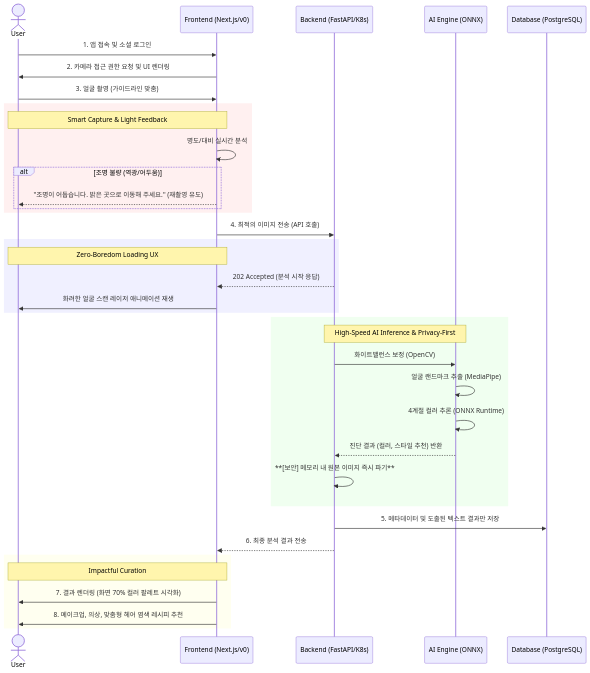
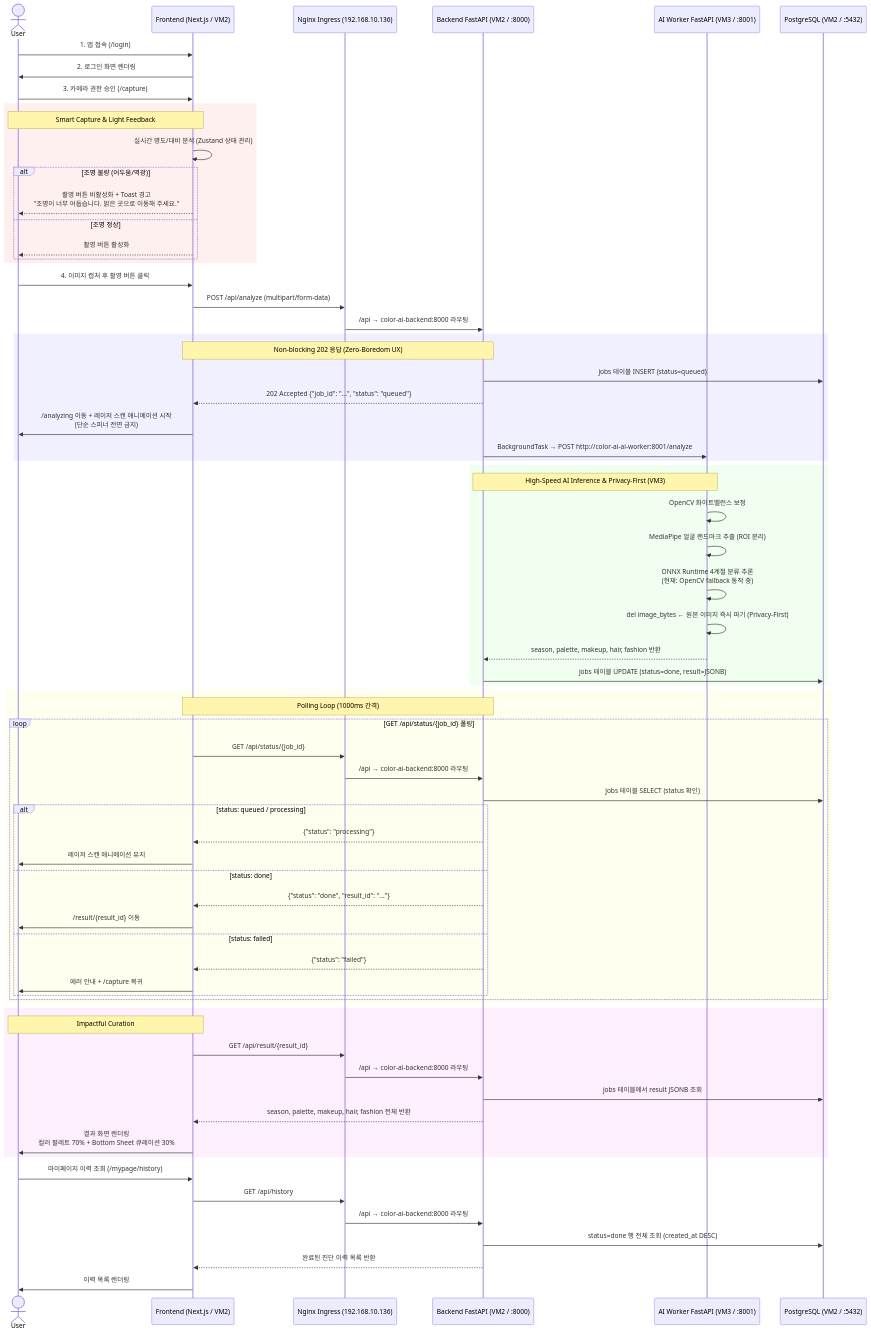
One commit to msp-architect-2026/lee-seonghoon changed the diagram in USER_FLOW.md. Above: the diagram before and after it, drawn with Mermaid. The commit also changed other lines of this file, not shown here.

````diff
--- a/USER_FLOW.md
+++ b/USER_FLOW.md
@@ -7,46 +11,81 @@
 ```mermaid
 sequenceDiagram
     actor User
-    participant Frontend as Frontend (Next.js/v0)
-    participant Backend as Backend (FastAPI/K8s)
-    participant AI as AI Engine (ONNX)
-    participant DB as Database (PostgreSQL)
+    participant FE as Frontend (Next.js / VM2)
+    participant Ingress as Nginx Ingress (192.168.10.136)
+    participant BE as Backend FastAPI (VM2 / :8000)
+    participant AI as AI Worker FastAPI (VM3 / :8001)
+    participant DB as PostgreSQL (VM2 / :5432)
 
-    User->>Frontend: 1. 앱 접속 및 소셜 로그인
-    Frontend->>User: 2. 카메라 접근 권한 요청 및 UI 렌더링
-    User->>Frontend: 3. 얼굴 촬영 (가이드라인 맞춤)
-    
+    User->>FE: 1. 앱 접속 (/login)
+    FE->>User: 2. 로그인 화면 렌더링
+
+    User->>FE: 3. 카메라 권한 승인 (/capture)
+
     rect rgb(255, 240, 240)
-        Note over User, Frontend: Smart Capture & Light Feedback
-        Frontend->>Frontend: 명도/대비 실시간 분석
-        alt 조명 불량 (역광/어두움)
-            Frontend-->>User: "조명이 어둡습니다. 밝은 곳으로 이동해 주세요." (재촬영 유도)
+        Note over User, FE: Smart Capture & Light Feedback
+        FE->>FE: 실시간 명도/대비 분석 (Zustand 상태 관리)
+        alt 조명 불량 (어두움/역광)
+            FE-->>User: 촬영 버튼 비활성화 + Toast 경고<br/>"조명이 너무 어둡습니다. 밝은 곳으로 이동해 주세요."
+        else 조명 정상
+            FE-->>User: 촬영 버튼 활성화
         end
     end
 
-    Frontend->>Backend: 4. 최적의 이미지 전송 (API 호출)
-    
+    User->>FE: 4. 이미지 캡처 후 촬영 버튼 클릭
+    FE->>Ingress: POST /api/analyze (multipart/form-data)
+    Ingress->>BE: /api → color-ai-backend:8000 라우팅
+
     rect rgb(240, 240, 255)
-        Note over User, Frontend: Zero-Boredom Loading UX
-        Backend-->>Frontend: 202 Accepted (분석 시작 응답)
-        Frontend->>User: 화려한 얼굴 스캔 레이저 애니메이션 재생
+        Note over FE, BE: Non-blocking 202 응답 (Zero-Boredom UX)
+        BE->>DB: jobs 테이블 INSERT (status=queued)
+        BE-->>FE: 202 Accepted {"job_id": "...", "status": "queued"}
+        FE->>User: /analyzing 이동 + 레이저 스캔 애니메이션 시작<br/>(단순 스피너 전면 금지)
+        BE->>AI: BackgroundTask → POST http://color-ai-ai-worker:8001/analyze
     end
 
     rect rgb(240, 255, 240)
-        Note over Backend, AI: High-Speed AI Inference & Privacy-First
-        Backend->>AI: 화이트밸런스 보정 (OpenCV)
-        AI->>AI: 얼굴 랜드마크 추출 (MediaPipe)
-        AI->>AI: 4계절 컬러 추론 (ONNX Runtime)
-        AI-->>Backend: 진단 결과 (컬러, 스타일 추천) 반환
-        Backend->>Backend: **[보안] 메모리 내 원본 이미지 즉시 파기**
+        Note over BE, AI: High-Speed AI Inference & Privacy-First (VM3)
+        AI->>AI: OpenCV 화이트밸런스 보정
+        AI->>AI: MediaPipe 얼굴 랜드마크 추출 (ROI 분리)
+        AI->>AI: ONNX Runtime 4계절 분류 추론<br/>(현재: OpenCV fallback 동작 중)
+        AI->>AI: del image_bytes ← 원본 이미지 즉시 파기 (Privacy-First)
+        AI-->>BE: season, palette, makeup, hair, fashion 반환
+        BE->>DB: jobs 테이블 UPDATE (status=done, result=JSONB)
     end
 
-    Backend->>DB: 5. 메타데이터 및 도출된 텍스트 결과만 저장
-    Backend-->>Frontend: 6. 최종 분석 결과 전송
-    
     rect rgb(255, 255, 240)
-        Note over Frontend, User: Impactful Curation
-        Frontend->>User: 7. 결과 렌더링 (화면 70% 컬러 팔레트 시각화)
-        Frontend->>User: 8. 메이크업, 의상, 맞춤형 헤어 염색 레시피 추천
+        Note over FE, BE: Polling Loop (1000ms 간격)
+        loop GET /api/status/{job_id} 폴링
+            FE->>Ingress: GET /api/status/{job_id}
+            Ingress->>BE: /api → color-ai-backend:8000 라우팅
+            BE->>DB: jobs 테이블 SELECT (status 확인)
+            alt status: queued / processing
+                BE-->>FE: {"status": "processing"}
+                FE->>User: 레이저 스캔 애니메이션 유지
+            else status: done
+                BE-->>FE: {"status": "done", "result_id": "..."}
+                FE->>User: /result/{result_id} 이동
+            else status: failed
+                BE-->>FE: {"status": "failed"}
+                FE->>User: 에러 안내 + /capture 복귀
+            end
+        end
     end
+
+    rect rgb(255, 240, 255)
+        Note over User, FE: Impactful Curation
+        FE->>Ingress: GET /api/result/{result_id}
+        Ingress->>BE: /api → color-ai-backend:8000 라우팅
+        BE->>DB: jobs 테이블에서 result JSONB 조회
+        BE-->>FE: season, palette, makeup, hair, fashion 전체 반환
+        FE->>User: 결과 화면 렌더링<br/>컬러 팔레트 70% + Bottom Sheet 큐레이션 30%
+    end
+
+    User->>FE: 마이페이지 이력 조회 (/mypage/history)
+    FE->>Ingress: GET /api/history
+    Ingress->>BE: /api → color-ai-backend:8000 라우팅
+    BE->>DB: status=done 행 전체 조회 (created_at DESC)
+    BE-->>FE: 완료된 진단 이력 목록 반환
+    FE->>User: 이력 목록 렌더링
 ```
````
